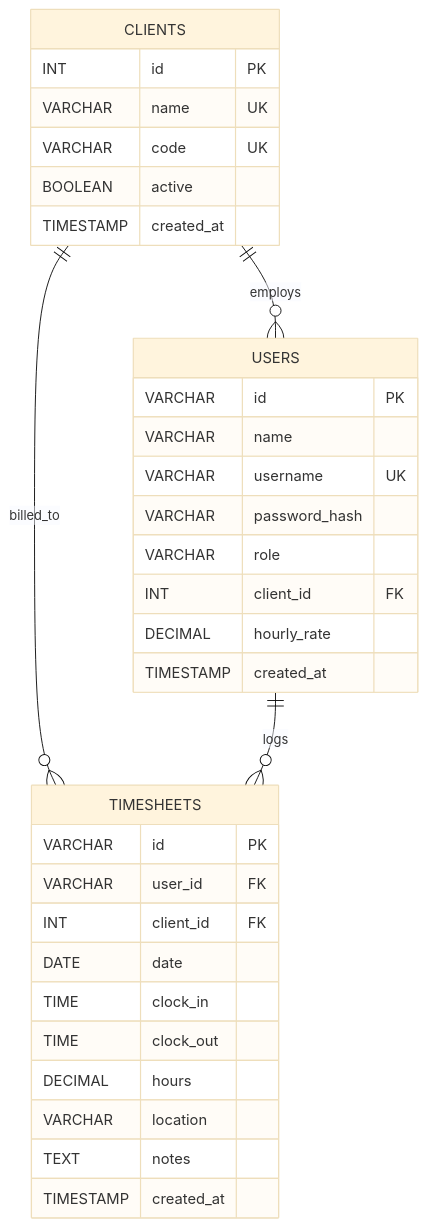
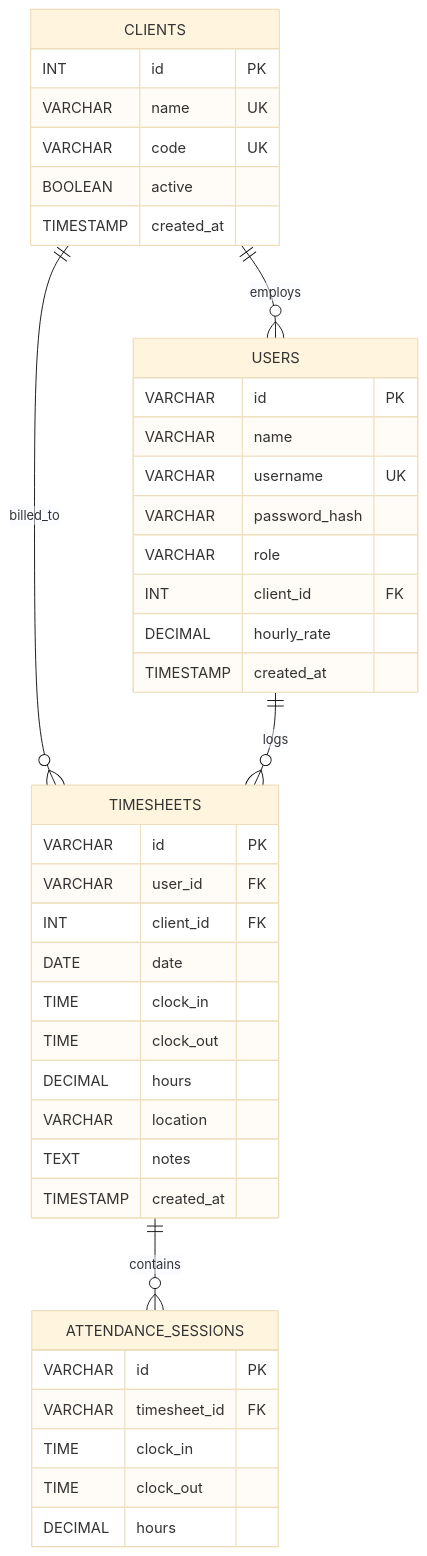
One commit to Sanjaychagantipati/Time_sheets changed the diagram in documentation/DATABASE_DESIGN.md. Above: the diagram before and after it, drawn with Mermaid (base theme). The commit also changed other lines of this file and 1 other file, not shown here.

Commit message:
Update database design and tech stack documentation with session-based attendance mappings

````diff
--- a/documentation/DATABASE_DESIGN.md
+++ b/documentation/DATABASE_DESIGN.md
@@ -9,36 +9,44 @@
 ```mermaid
 erDiagram
     CLIENTS {
         INT id PK
         VARCHAR name UK
         VARCHAR code UK
         BOOLEAN active
         TIMESTAMP created_at
     }
     USERS {
         VARCHAR id PK
         VARCHAR name
         VARCHAR username UK
         VARCHAR password_hash
         VARCHAR role
         INT client_id FK
         DECIMAL hourly_rate
         TIMESTAMP created_at
     }
     TIMESHEETS {
         VARCHAR id PK
         VARCHAR user_id FK
         INT client_id FK
         DATE date
         TIME clock_in
         TIME clock_out
         DECIMAL hours
         VARCHAR location
         TEXT notes
         TIMESTAMP created_at
     }
+    ATTENDANCE_SESSIONS {
+        VARCHAR id PK
+        VARCHAR timesheet_id FK
+        TIME clock_in
+        TIME clock_out
+        DECIMAL hours
+    }
 
     CLIENTS ||--o{ USERS : "employs"
     CLIENTS ||--o{ TIMESHEETS : "billed_to"
     USERS ||--o{ TIMESHEETS : "logs"
+    TIMESHEETS ||--o{ ATTENDANCE_SESSIONS : "contains"
 ```
````
